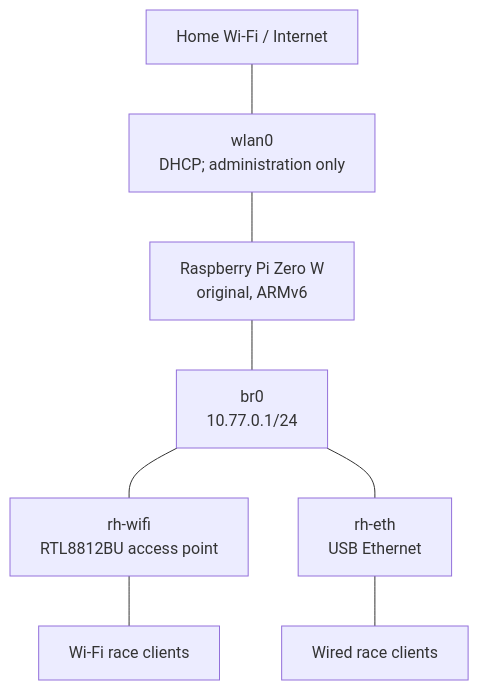
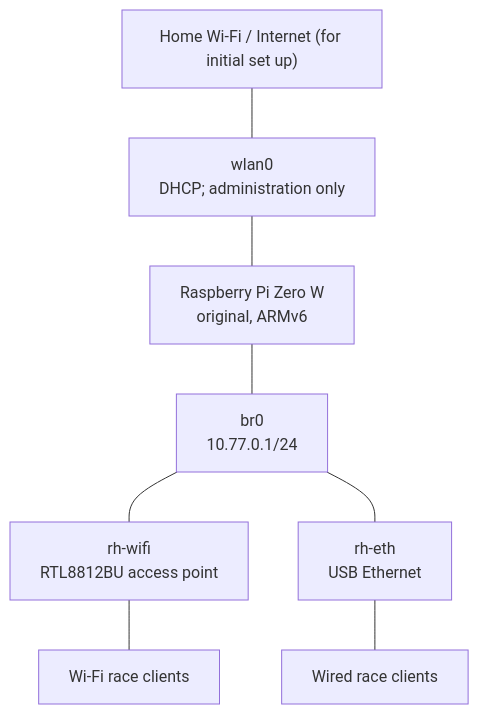
Before and after one commit to placebeyondtheclouds/rotorhazard-rpizero-server: the diagram in README.md, drawn with Mermaid. The commit also changed other lines of this file, not shown here.

````diff
--- a/README.md
+++ b/README.md
@@ -5,19 +5,19 @@
 ```mermaid
 flowchart TB
-    HOME["Home Wi-Fi / Internet"]
+    HOME["Home Wi-Fi / Internet (for initial set up)"]
     WLAN0["wlan0<br/>DHCP; administration only"]
     PI["Raspberry Pi Zero W<br/>original, ARMv6"]
     BR0["br0<br/>10.77.0.1/24"]
     WIFI["rh-wifi<br/>RTL8812BU access point"]
     ETH["rh-eth<br/>USB Ethernet"]
     WIFI_CLIENTS["Wi-Fi race clients"]
     ETH_CLIENTS["Wired race clients"]
 
     HOME --- WLAN0
     WLAN0 --- PI
     PI --- BR0
     BR0 --- WIFI
     BR0 --- ETH
     WIFI --- WIFI_CLIENTS
     ETH --- ETH_CLIENTS
 ```
````
